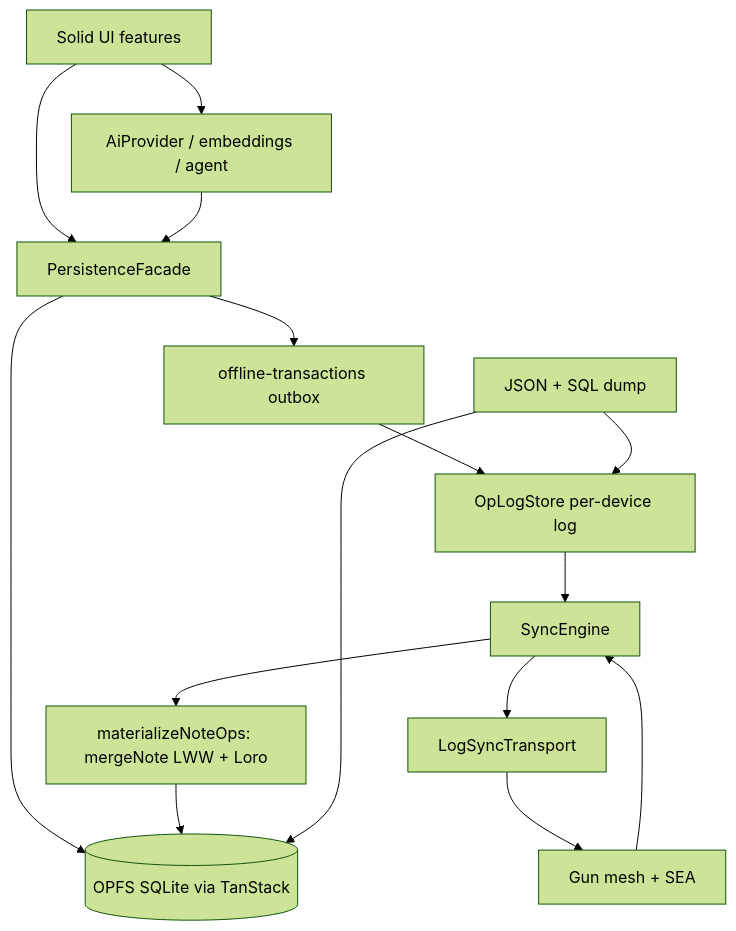
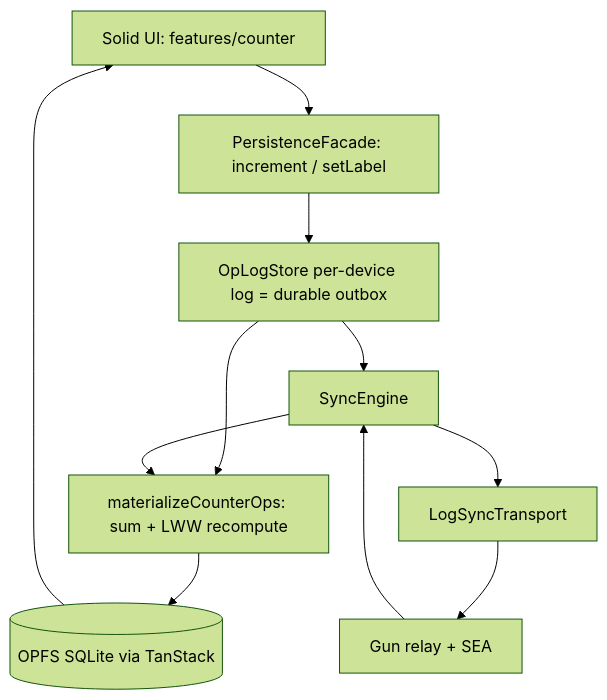
One commit to kacperpaczos/pwa-local-first-template changed the diagram in docs/architecture.md. Above: the diagram before and after it, drawn with Mermaid (forest theme). The commit also changed other lines of this file and 5 other files, not shown here.

````diff
--- a/docs/architecture.md
+++ b/docs/architecture.md
@@ -5,29 +9,22 @@
 ```mermaid
 flowchart TB
-  UI[Solid UI features]
-  Facade[PersistenceFacade]
+  UI[Solid UI: features/counter]
+  Facade[PersistenceFacade: increment / setLabel]
   DB[(OPFS SQLite via TanStack)]
-  Outbox[offline-transactions outbox]
-  Store[OpLogStore per-device log]
+  Store[OpLogStore per-device log = durable outbox]
+  Materialize[materializeCounterOps: sum + LWW recompute]
   Engine[SyncEngine]
   Transport[LogSyncTransport]
-  Gun[Gun mesh + SEA]
-  Materialize[materializeNoteOps: mergeNote LWW + Loro]
-  AI[AiProvider / embeddings / agent]
-  Backup[JSON + SQL dump]
+  Gun[Gun relay + SEA]
 
   UI --> Facade
-  UI --> AI
-  AI --> Facade
-  Facade --> DB
-  Facade --> Outbox
-  Outbox --> Store
+  Facade --> Store
+  Store --> Materialize
+  Materialize --> DB
+  DB --> UI
   Store --> Engine
   Engine --> Transport
   Transport --> Gun
   Gun --> Engine
   Engine --> Materialize
-  Materialize --> DB
-  Backup --> Store
-  Backup --> DB
 ```
````
